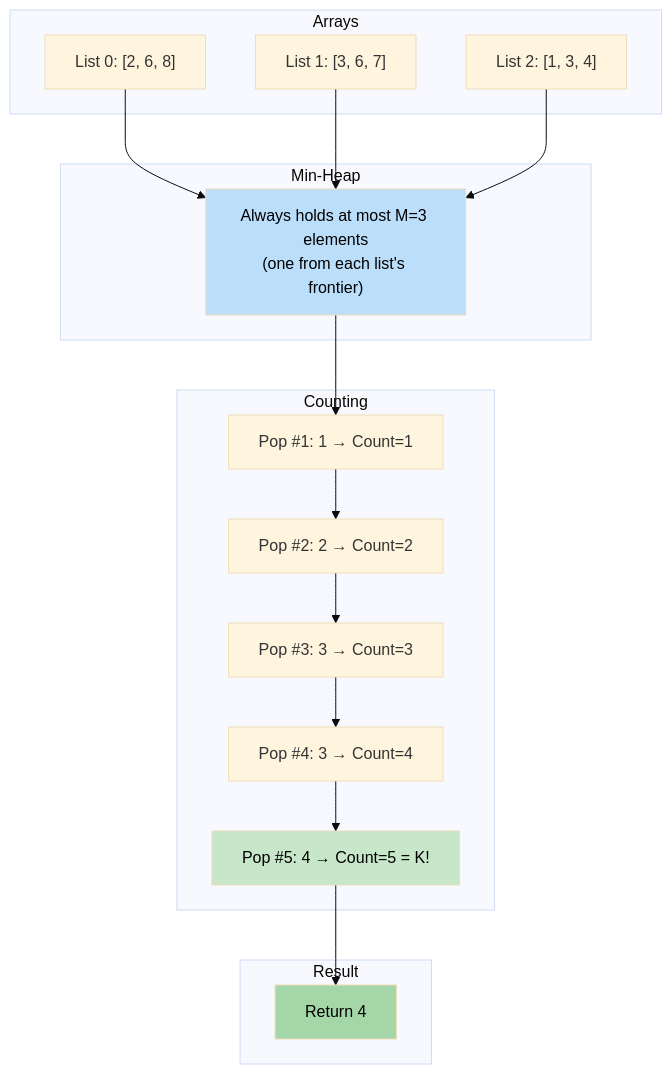
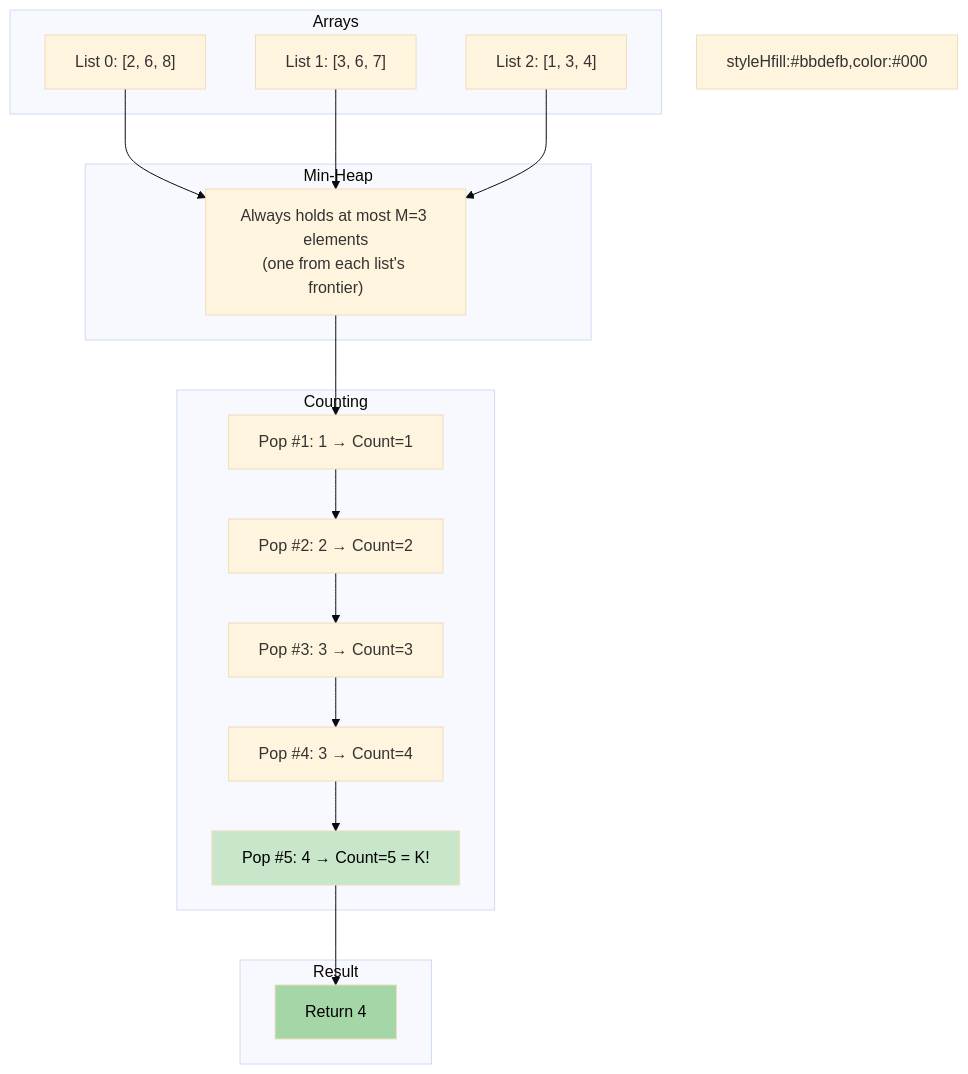
One commit to vadde/DSA changed the diagram in 20 - K-way Merge/problem_02_kth_smallest_number_in_m_sorted_lists_walkthrough.md. Above: the diagram before and after it, drawn with Mermaid (base theme). The commit also changed 245 other files, not shown here.

First line of the commit message:
fix: Forensic fix of all Mermaid rendering issues across entire DSA repo + add pre-commit validation infrastructure

````diff
--- a/20 - K-way Merge/problem_02_kth_smallest_number_in_m_sorted_lists_walkthrough.md
+++ b/20 - K-way Merge/problem_02_kth_smallest_number_in_m_sorted_lists_walkthrough.md
@@ -51,35 +51,35 @@
 ```mermaid
 flowchart TD
     subgraph Arrays
         A0["List 0: [2, 6, 8]"]
         A1["List 1: [3, 6, 7]"]
         A2["List 2: [1, 3, 4]"]
     end
     
-    subgraph Min-Heap
+    subgraph MinHeap ["Min-Heap"]
         H["Always holds at most M=3 elements\n(one from each list's frontier)"]
     end
     
     subgraph Counting
         C["Pop #1: 1 → Count=1"]
         C2["Pop #2: 2 → Count=2"]
         C3["Pop #3: 3 → Count=3"]
         C4["Pop #4: 3 → Count=4"]
         C5["Pop #5: 4 → Count=5 = K!"]
     end
     
     subgraph Result
         R["Return 4"]
     end
-    
-    A0 --> H
-    A1 --> H
+
+A0 --> H
+A1 --> H
     A2 --> H
-    
-    H --> C --> C2 --> C3 --> C4 --> C5
+
+H --> C --> C2 --> C3 --> C4 --> C5
     C5 --> R
-    
-    style H fill:#bbdefb,color:#000
+
+styleHfill:#bbdefb,color:#000
     style C5 fill:#c8e6c9,color:#000
     style R fill:#a5d6a7,color:#000
 ```
````
